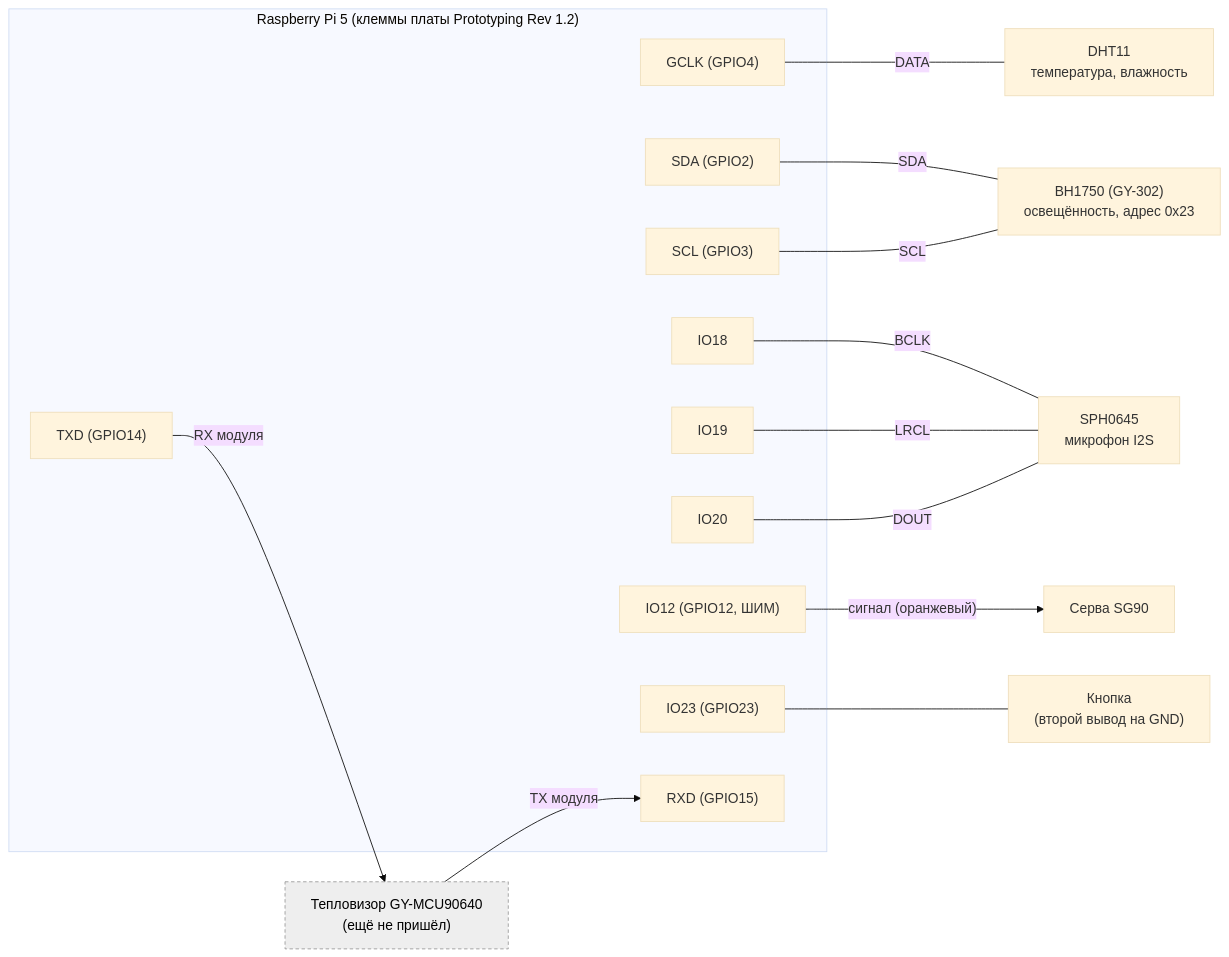
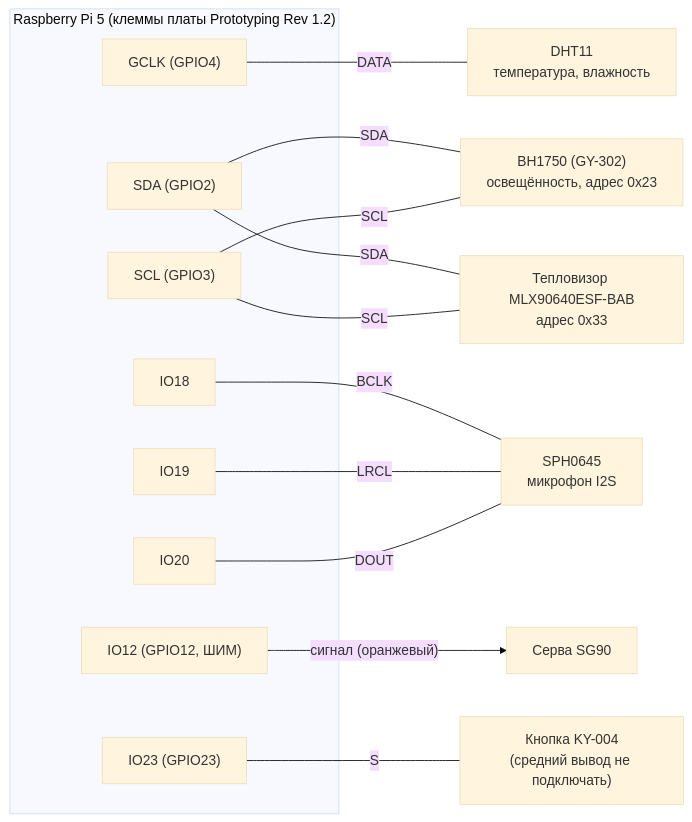
Before and after one commit to ik1s/spa: the first of 2 diagrams in README.md, drawn with Mermaid (base theme). The commit also changed other lines of this file and 14 other files, not shown here.

````diff
--- a/README.md
+++ b/README.md
@@ -116,36 +160,32 @@
 ```mermaid
 flowchart LR
   subgraph PI["Raspberry Pi 5 (клеммы платы Prototyping Rev 1.2)"]
     GCLK["GCLK (GPIO4)"]
     SDA["SDA (GPIO2)"]
     SCL["SCL (GPIO3)"]
     IO18["IO18"]
     IO19["IO19"]
     IO20["IO20"]
     IO12["IO12 (GPIO12, ШИМ)"]
     IO23["IO23 (GPIO23)"]
-    TXD["TXD (GPIO14)"]
-    RXD["RXD (GPIO15)"]
   end
 
   DHT["DHT11<br/>температура, влажность"]
   BH["BH1750 (GY-302)<br/>освещённость, адрес 0x23"]
   MIC["SPH0645<br/>микрофон I2S"]
   SERVO["Серва SG90"]
-  BTN["Кнопка<br/>(второй вывод на GND)"]
-  THERM["Тепловизор GY-MCU90640<br/>(ещё не пришёл)"]
+  BTN["Кнопка KY-004<br/>(средний вывод не подключать)"]
+  THERM["Тепловизор MLX90640ESF-BAB<br/>адрес 0x33"]
 
   GCLK ---|"DATA"| DHT
   SDA ---|"SDA"| BH
   SCL ---|"SCL"| BH
   IO18 ---|"BCLK"| MIC
   IO19 ---|"LRCL"| MIC
   IO20 ---|"DOUT"| MIC
   IO12 -->|"сигнал (оранжевый)"| SERVO
-  IO23 --- BTN
-  TXD -->|"RX модуля"| THERM
-  THERM -->|"TX модуля"| RXD
+  IO23 ---|"S"| BTN
+  SDA ---|"SDA"| THERM
+  SCL ---|"SCL"| THERM
 
-  classDef later fill:#eee,stroke:#999,stroke-dasharray: 4 3,color:#000
-  class THERM later
 ```
````
